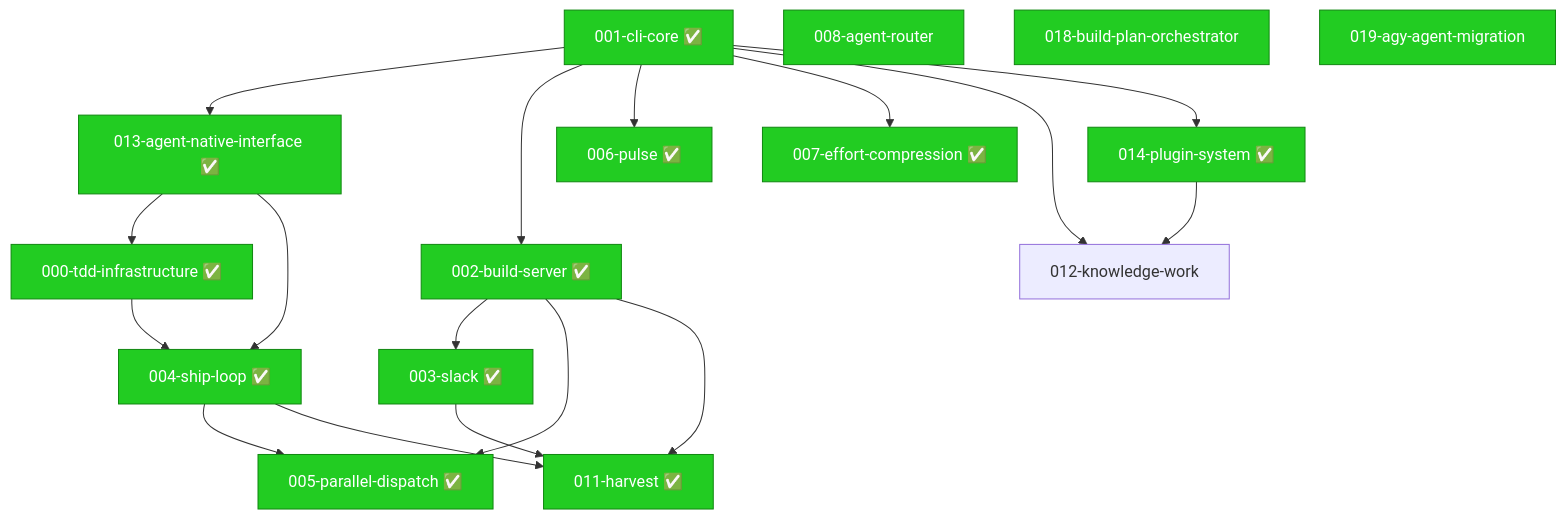
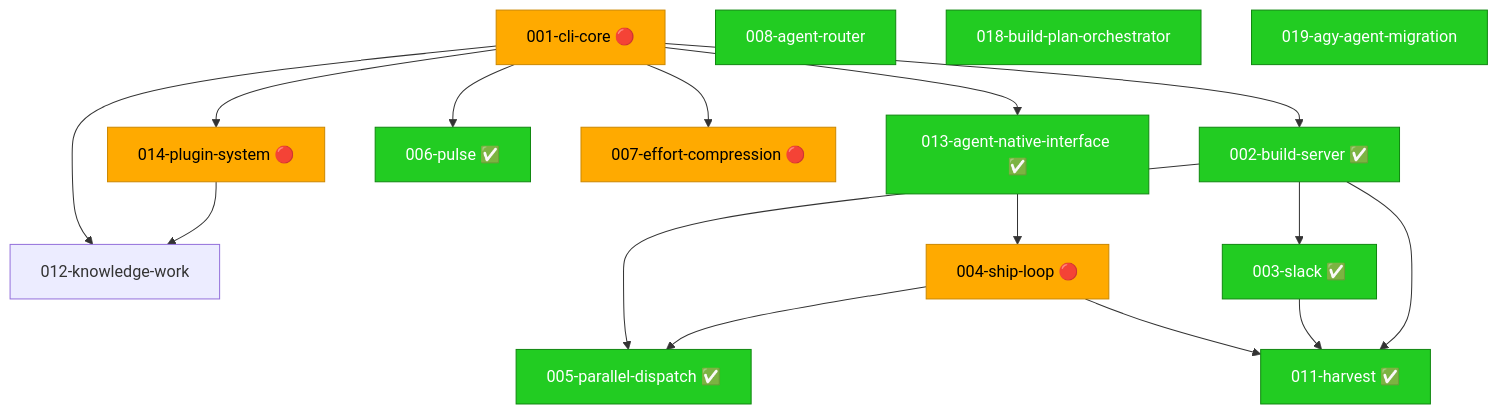
One commit to gforge-esc/gwrk changed the first of 2 diagrams in specs/000-build-plan.md. Above: the diagram before and after it, drawn with Mermaid. The commit also changed other lines of this file and 6 other files, not shown here.

````diff
--- a/specs/000-build-plan.md
+++ b/specs/000-build-plan.md
@@ -21,33 +21,30 @@
 ```mermaid
 graph TD
-    001-cli-core["001-cli-core ✅"] --> 013-agent-native-interface["013-agent-native-interface ✅"]
-    001-cli-core["001-cli-core ✅"] --> 002-build-server["002-build-server ✅"]
-    001-cli-core["001-cli-core ✅"] --> 006-pulse["006-pulse ✅"]
-    001-cli-core["001-cli-core ✅"] --> 007-effort-compression["007-effort-compression ✅"]
-    001-cli-core["001-cli-core ✅"] --> 012-knowledge-work["012-knowledge-work"]
-    001-cli-core["001-cli-core ✅"] --> 014-plugin-system["014-plugin-system ✅"]
+    001-cli-core["001-cli-core 🔴"] --> 013-agent-native-interface["013-agent-native-interface ✅"]
+    001-cli-core["001-cli-core 🔴"] --> 002-build-server["002-build-server ✅"]
+    001-cli-core["001-cli-core 🔴"] --> 006-pulse["006-pulse ✅"]
+    001-cli-core["001-cli-core 🔴"] --> 007-effort-compression["007-effort-compression 🔴"]
+    001-cli-core["001-cli-core 🔴"] --> 012-knowledge-work["012-knowledge-work"]
+    001-cli-core["001-cli-core 🔴"] --> 014-plugin-system["014-plugin-system 🔴"]
     002-build-server["002-build-server ✅"] --> 003-slack["003-slack ✅"]
     002-build-server["002-build-server ✅"] --> 005-parallel-dispatch["005-parallel-dispatch ✅"]
-    013-agent-native-interface["013-agent-native-interface ✅"] --> 000-tdd-infrastructure["000-tdd-infrastructure ✅"]
-    013-agent-native-interface["013-agent-native-interface ✅"] --> 004-ship-loop["004-ship-loop ✅"]
-    000-tdd-infrastructure["000-tdd-infrastructure ✅"] --> 004-ship-loop["004-ship-loop ✅"]
-    004-ship-loop["004-ship-loop ✅"] --> 005-parallel-dispatch["005-parallel-dispatch ✅"]
-    004-ship-loop["004-ship-loop ✅"] --> 011-harvest["011-harvest ✅"]
-    014-plugin-system["014-plugin-system ✅"] --> 012-knowledge-work["012-knowledge-work"]
+    013-agent-native-interface["013-agent-native-interface ✅"] --> 004-ship-loop["004-ship-loop 🔴"]
+    004-ship-loop["004-ship-loop 🔴"] --> 005-parallel-dispatch["005-parallel-dispatch ✅"]
+    004-ship-loop["004-ship-loop 🔴"] --> 011-harvest["011-harvest ✅"]
+    014-plugin-system["014-plugin-system 🔴"] --> 012-knowledge-work["012-knowledge-work"]
     003-slack["003-slack ✅"] --> 011-harvest["011-harvest ✅"]
     002-build-server["002-build-server ✅"] --> 011-harvest["011-harvest ✅"]
-    style 000-tdd-infrastructure fill:#22cc22,stroke:#118811,color:#fff
-    style 001-cli-core fill:#22cc22,stroke:#118811,color:#fff
+    style 001-cli-core fill:#ffaa00,stroke:#cc8800,color:#000
     style 002-build-server fill:#22cc22,stroke:#118811,color:#fff
     style 003-slack fill:#22cc22,stroke:#118811,color:#fff
-    style 004-ship-loop fill:#22cc22,stroke:#118811,color:#fff
+    style 004-ship-loop fill:#ffaa00,stroke:#cc8800,color:#000
     style 005-parallel-dispatch fill:#22cc22,stroke:#118811,color:#fff
     style 006-pulse fill:#22cc22,stroke:#118811,color:#fff
-    style 007-effort-compression fill:#22cc22,stroke:#118811,color:#fff
+    style 007-effort-compression fill:#ffaa00,stroke:#cc8800,color:#000
     style 008-agent-router fill:#22cc22,stroke:#118811,color:#fff
     style 011-harvest fill:#22cc22,stroke:#118811,color:#fff
     style 013-agent-native-interface fill:#22cc22,stroke:#118811,color:#fff
-    style 014-plugin-system fill:#22cc22,stroke:#118811,color:#fff
+    style 014-plugin-system fill:#ffaa00,stroke:#cc8800,color:#000
     style 018-build-plan-orchestrator fill:#22cc22,stroke:#118811,color:#fff
     style 019-agy-agent-migration fill:#22cc22,stroke:#118811,color:#fff
 ```
````
